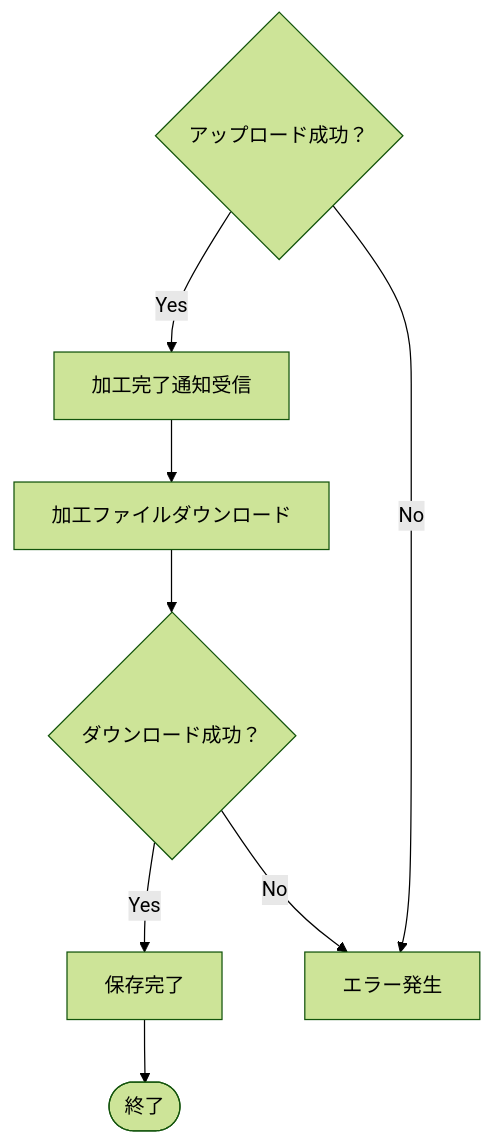
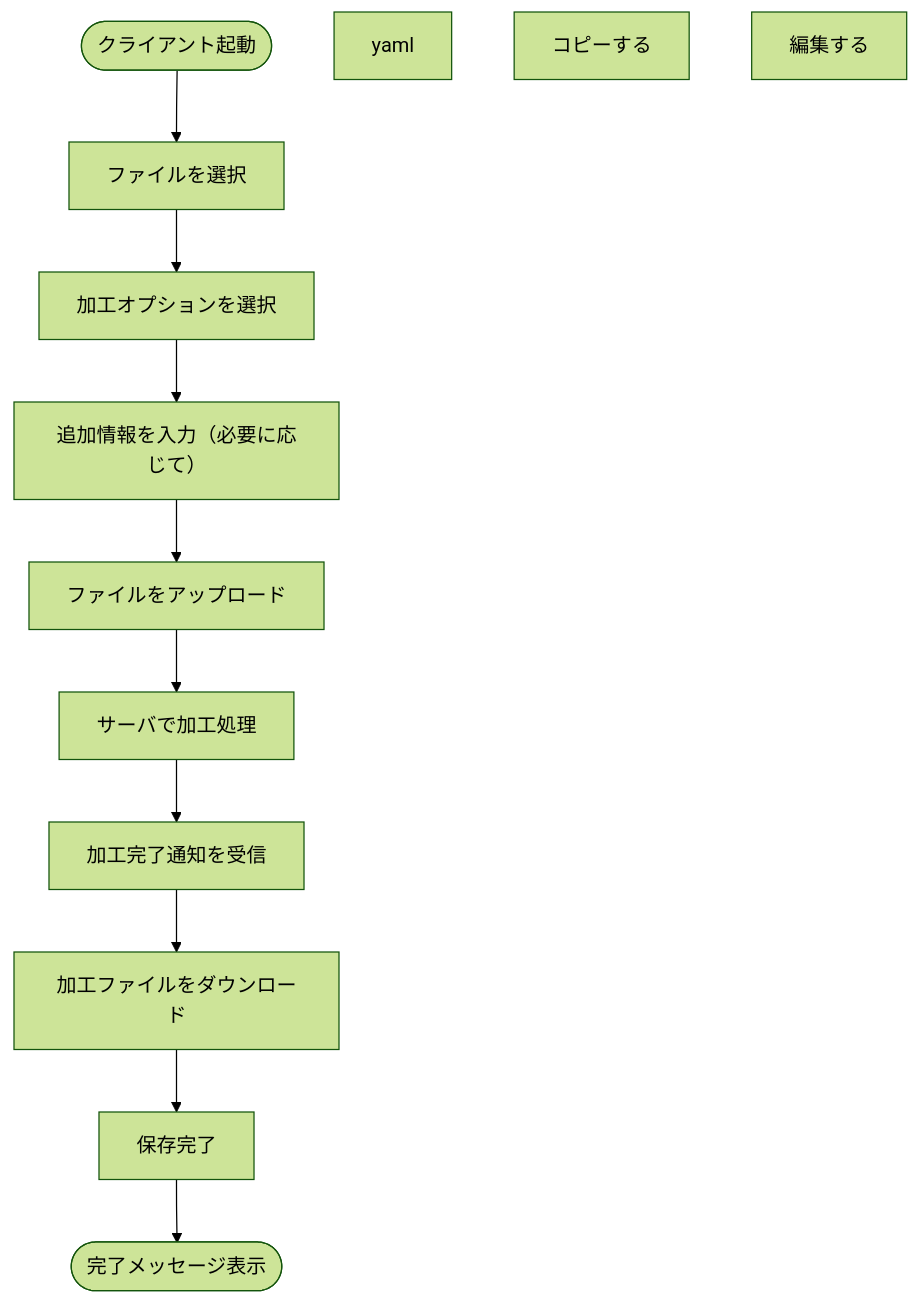
The diagram in README.md (BackendExplorer/Video-Processor), drawn with Mermaid (forest theme) before and after one commit.

````diff
--- a/README.md
+++ b/README.md
@@ -155,16 +155,18 @@
 ```mermaid
 flowchart TD
-    アップロード成功{アップロード成功？}
-    加工完了通知["加工完了通知受信"]
-    ダウンロード["加工ファイルダウンロード"]
-    ダウンロード成功{ダウンロード成功？}
+    Start(["クライアント起動"])
+    ファイル選択["ファイルを選択"]
+    オプション選択["加工オプションを選択"]
+    追加情報入力["追加情報を入力（必要に応じて）"]
+    アップロード["ファイルをアップロード"]
+    サーバ加工["サーバで加工処理"]
+    加工通知["加工完了通知を受信"]
+    ダウンロード["加工ファイルをダウンロード"]
     保存完了["保存完了"]
-    エラー発生["エラー発生"]
-    終了(["終了"])
+    完了(["完了メッセージ表示"])
 
-    アップロード成功 -- Yes --> 加工完了通知 --> ダウンロード --> ダウンロード成功
-    アップロード成功 -- No --> エラー発生
-
-    ダウンロード成功 -- Yes --> 保存完了 --> 終了
-    ダウンロード成功 -- No --> エラー発生
+    Start --> ファイル選択 --> オプション選択 --> 追加情報入力 --> アップロード --> サーバ加工 --> 加工通知 --> ダウンロード --> 保存完了 --> 完了
+yaml
+コピーする
+編集する
 ```
````
